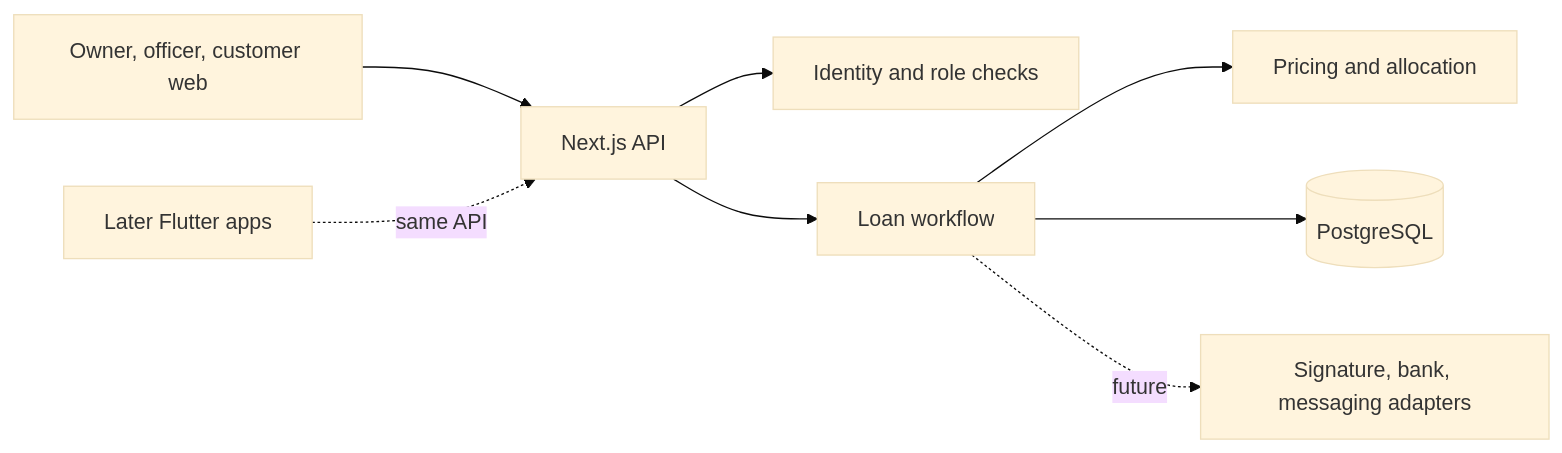
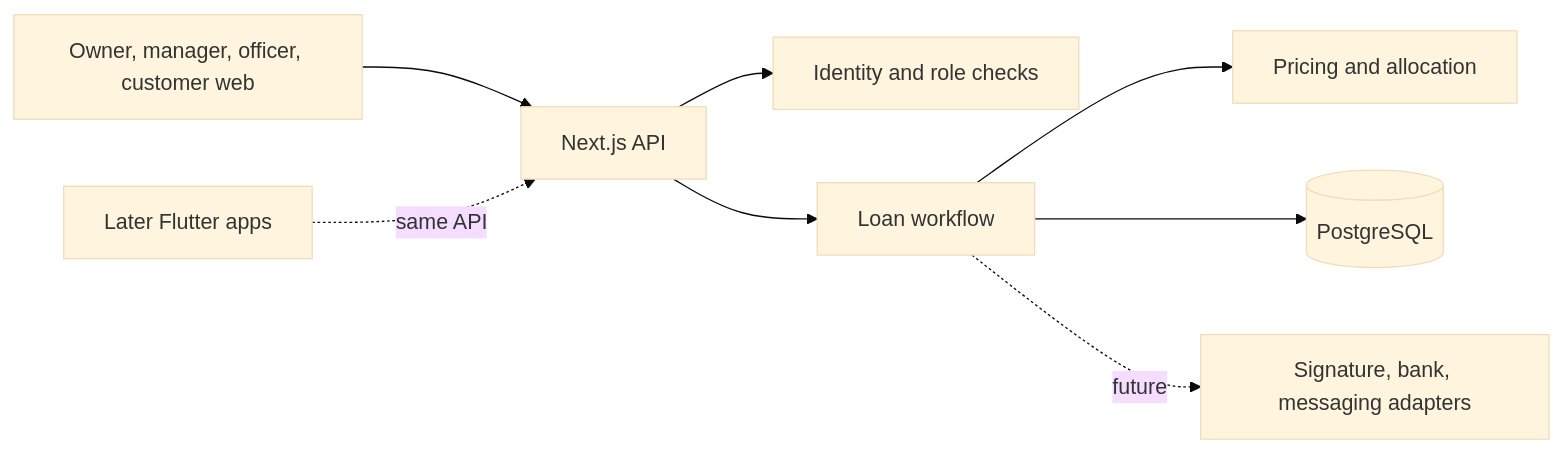
The first of 3 diagrams in docs/phase1.md (lrmcorp/ln), drawn with Mermaid (base theme) before and after one commit. The commit also changed other lines of this file and 26 other files, not shown here.

````diff
--- a/docs/phase1.md
+++ b/docs/phase1.md
@@ -7,10 +7,10 @@
 ```mermaid
 flowchart LR
-  W[Owner, officer, customer web] --> API[Next.js API]
+  W[Owner, manager, officer, customer web] --> API[Next.js API]
   API --> Auth[Identity and role checks]
   API --> Workflow[Loan workflow]
   Workflow --> Finance[Pricing and allocation]
   Workflow --> PG[(PostgreSQL)]
   Workflow -. future .-> Providers[Signature, bank, messaging adapters]
   Flutter[Later Flutter apps] -. same API .-> API
 ```
````
